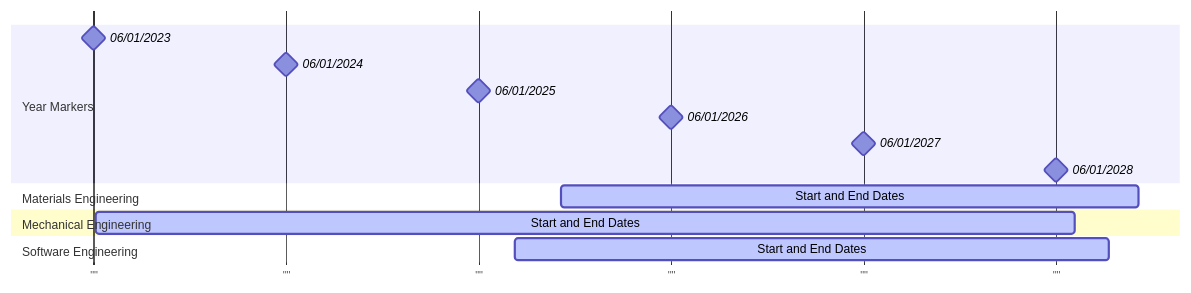
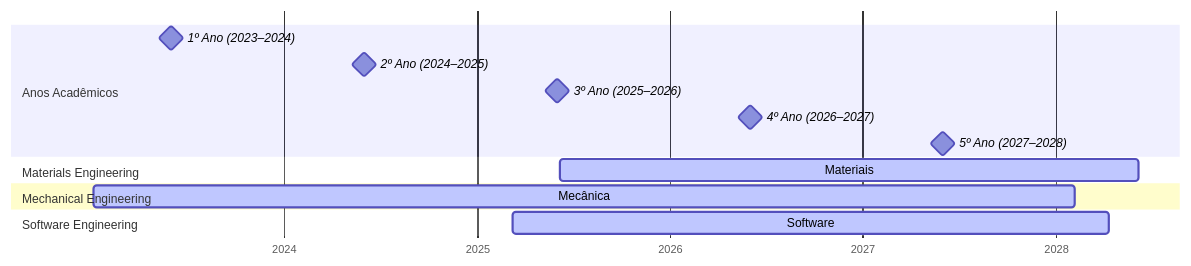
One commit to delblerferreira/delblerferreira changed the first of 3 diagrams in README.md. Above: the diagram before and after it, drawn with Mermaid.

````diff
--- a/README.md
+++ b/README.md
@@ -31,22 +31,21 @@
 ```mermaid
 gantt
     dateFormat  YYYY-MM-DD
-    axisFormat  ""
+    axisFormat  %Y
 
-    section Year Markers
-    06/01/2023                 :milestone, ym2023, 2023,year
-    06/01/2024                 :milestone, ym2024, 2024,year
-    06/01/2025                 :milestone, ym2025, 2025,year
-    06/01/2026                 :milestone, ym2026, 2026,year
-    06/01/2027                 :milestone, ym2027, 2027,year
-    06/01/2028                 :milestone, ym2028, 2028,year
+    section Anos Acadêmicos
+    1º Ano (2023–2024)         :milestone, a1, 2023-06-01, 1d
+    2º Ano (2024–2025)         :milestone, a2, 2024-06-01, 1d
+    3º Ano (2025–2026)         :milestone, a3, 2025-06-01, 1d
+    4º Ano (2026–2027)         :milestone, a4, 2026-06-01, 1d
+    5º Ano (2027–2028)         :milestone, a5, 2027-06-01, 1d
 
     section Materials Engineering
-    Start and End Dates        :active, materials, 2025-06-06, 2028-06-06
+    Materiais                  :active, materials, 2025-06-06, 2028-06-06
 
     section Mechanical Engineering
-    Start and End Dates        :active, mechanical, 2023-01-06, 2028-02-06
+    Mecânica                   :active, mechanical, 2023-01-06, 2028-02-06
 
     section Software Engineering
-    Start and End Dates        :active, software, 2025-03-10, 2028-04-10
+    Software                   :active, software, 2025-03-10, 2028-04-10
 ```
````
